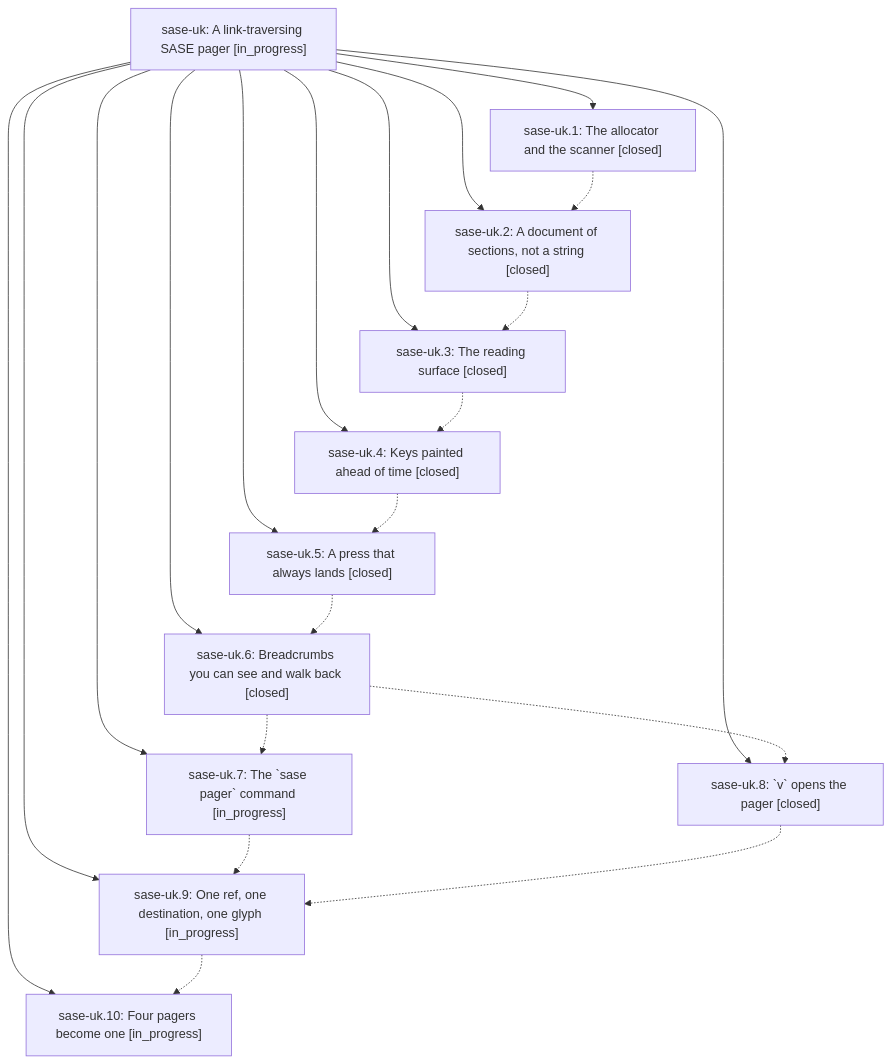
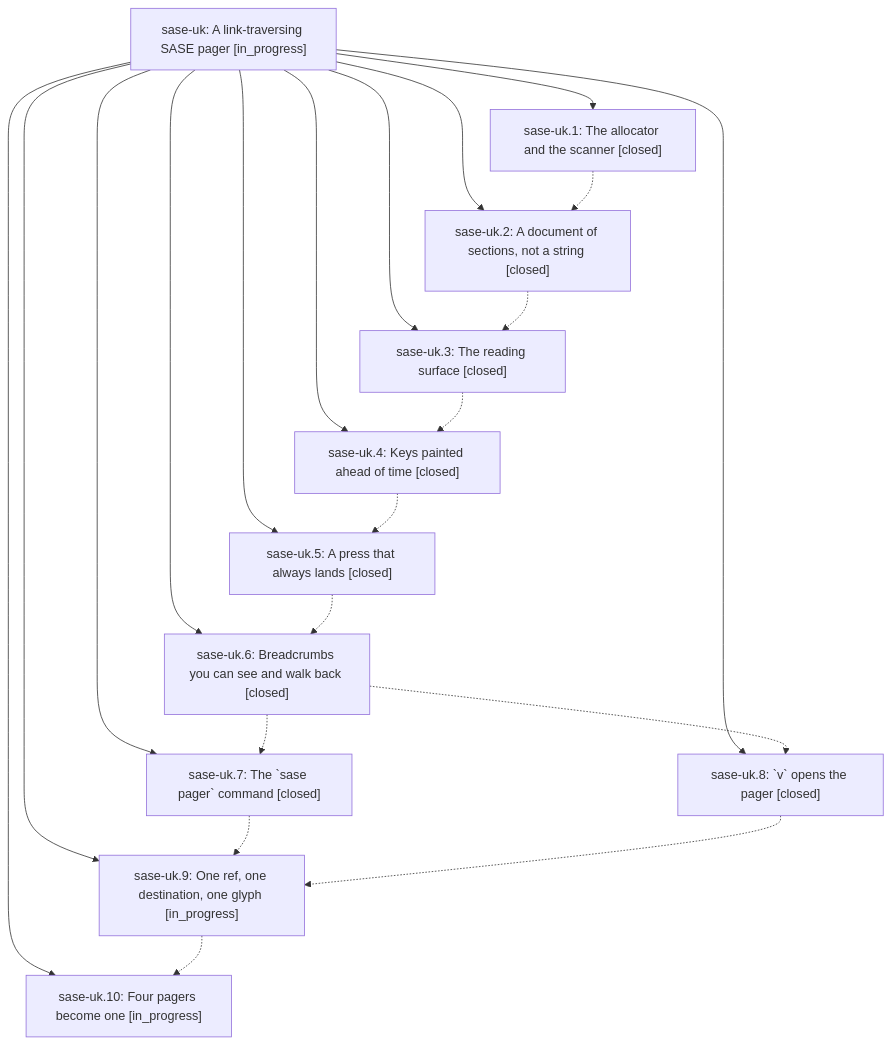
The diagram in pages/sase-uk/README.md (sase-org/sase--beads), drawn with Mermaid before and after one commit. The commit also changed other lines of this file and 3 other files, not shown here.

````diff
--- a/pages/sase-uk/README.md
+++ b/pages/sase-uk/README.md
@@ -43,34 +43,34 @@
 ```mermaid
 flowchart TD
     n0["sase-uk: A link-traversing SASE pager [in_progress]"]
     n1["sase-uk.1: The allocator and the scanner [closed]"]
     n2["sase-uk.10: Four pagers become one [in_progress]"]
     n3["sase-uk.2: A document of sections, not a string [closed]"]
     n4["sase-uk.3: The reading surface [closed]"]
     n5["sase-uk.4: Keys painted ahead of time [closed]"]
     n6["sase-uk.5: A press that always lands [closed]"]
     n7["sase-uk.6: Breadcrumbs you can see and walk back [closed]"]
-    n8["sase-uk.7: The `sase pager` command [in_progress]"]
+    n8["sase-uk.7: The `sase pager` command [closed]"]
     n9["sase-uk.8: `v` opens the pager [closed]"]
     n10["sase-uk.9: One ref, one destination, one glyph [in_progress]"]
     n0 --> n1
     n0 --> n2
     n0 --> n3
     n0 --> n4
     n0 --> n5
     n0 --> n6
     n0 --> n7
     n0 --> n8
     n0 --> n9
     n0 --> n10
     n1 -.-> n3
     n3 -.-> n4
     n4 -.-> n5
     n5 -.-> n6
     n6 -.-> n7
     n7 -.-> n8
     n7 -.-> n9
     n8 -.-> n10
     n9 -.-> n10
     n10 -.-> n2
 ```
````
